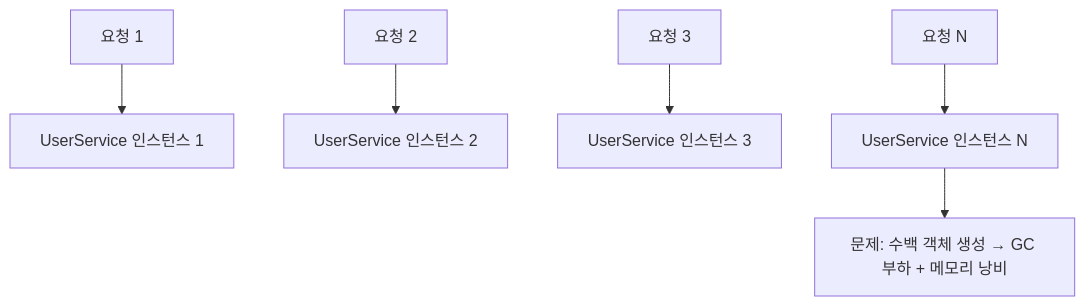
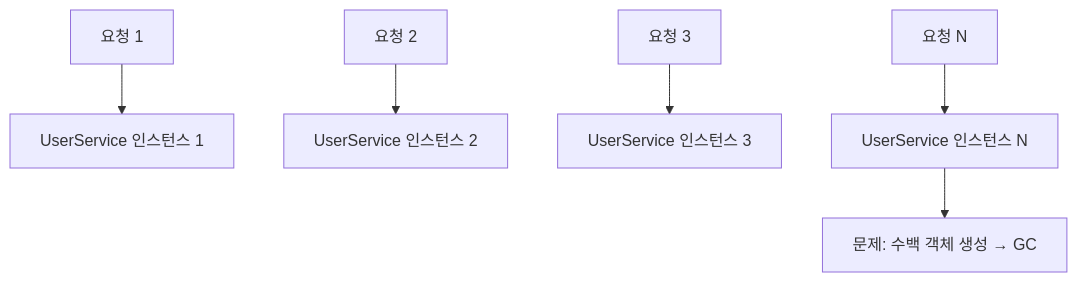
The first of 6 diagrams in _posts/spring/2022-06-16-싱글톤 레지스트리와 오브젝트 스코프.md (yjkim2015/yjkim2015.github.io), drawn with Mermaid before and after one commit. The commit also changed other lines of this file and 271 other files, not shown here.

First line of the commit message:
Mermaid 라벨 축소: 긴 노드 텍스트 18자 이하로 트림 + \n 제거

````diff
--- a/_posts/spring/2022-06-16-싱글톤 레지스트리와 오브젝트 스코프.md
+++ b/_posts/spring/2022-06-16-싱글톤 레지스트리와 오브젝트 스코프.md
@@ -21,8 +21,8 @@
 ```mermaid
 graph TD
     REQ1["요청 1"] --> OBJ1["UserService 인스턴스 1"]
     REQ2["요청 2"] --> OBJ2["UserService 인스턴스 2"]
     REQ3["요청 3"] --> OBJ3["UserService 인스턴스 3"]
     REQ_N["요청 N"] --> OBJ_N["UserService 인스턴스 N"]
-    OBJ_N --> PROBLEM["문제: 수백 객체 생성 → GC 부하 + 메모리 낭비"]
+    OBJ_N --> PROBLEM["문제: 수백 객체 생성 → GC"]
 ```
````
